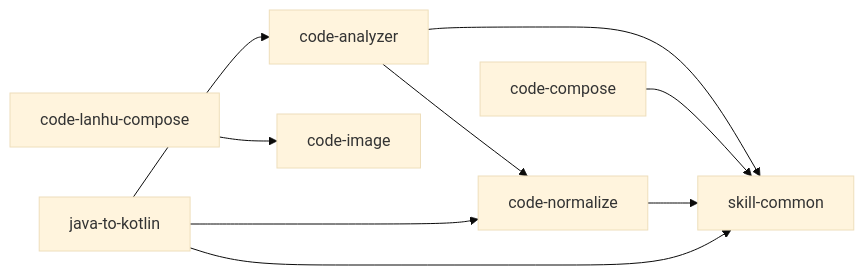
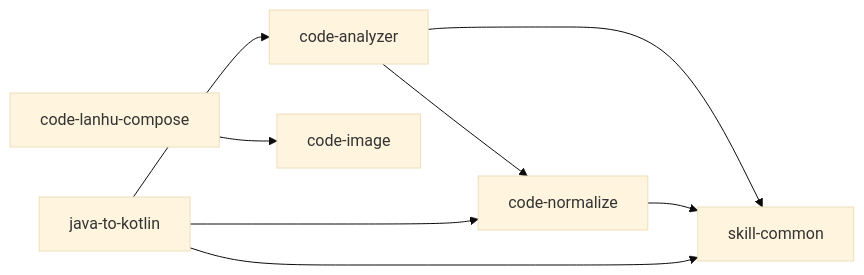
One commit to xjxlx/skills changed the diagram in SKILLS_CATALOG.md. Above: the diagram before and after it, drawn with Mermaid (base theme). The commit also changed other lines of this file and 10 other files, not shown here.

First line of the commit message:
SKILLS_CATALOG.md, code-compose

````diff
--- a/SKILLS_CATALOG.md
+++ b/SKILLS_CATALOG.md
@@ -21,11 +20,10 @@
 ```mermaid
 graph LR
   code-analyzer --> code-normalize
   code-analyzer --> skill-common
-  code-compose --> skill-common
   code-lanhu-compose --> code-image
   code-normalize --> skill-common
   java-to-kotlin --> code-analyzer
   java-to-kotlin --> code-normalize
   java-to-kotlin --> skill-common
 ```
````
